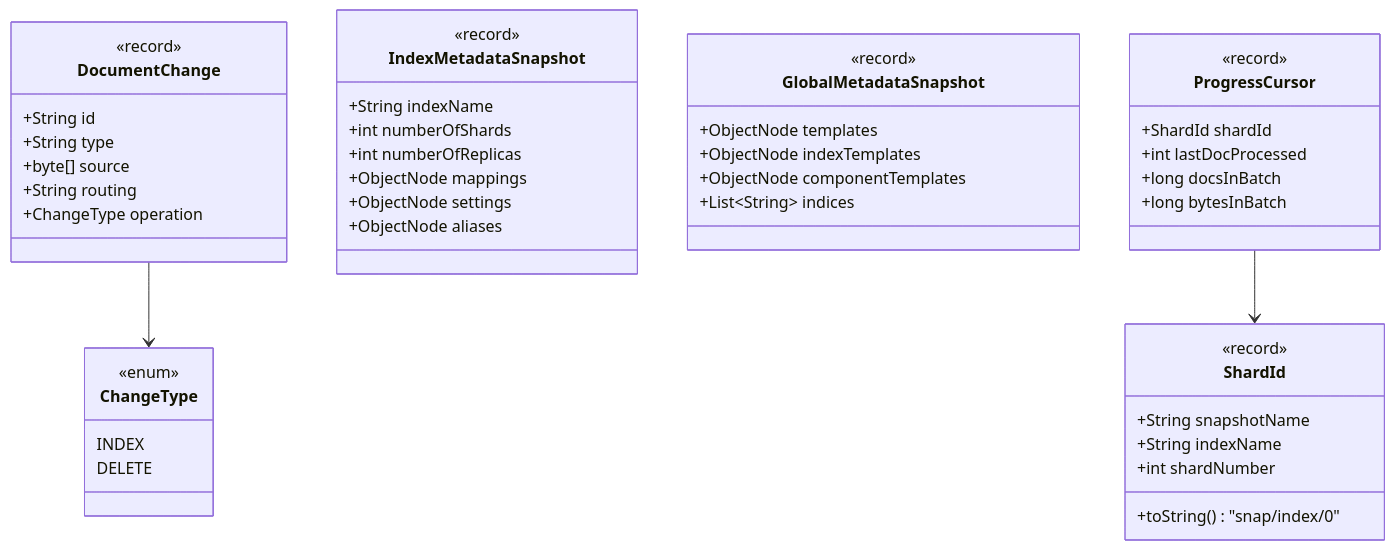
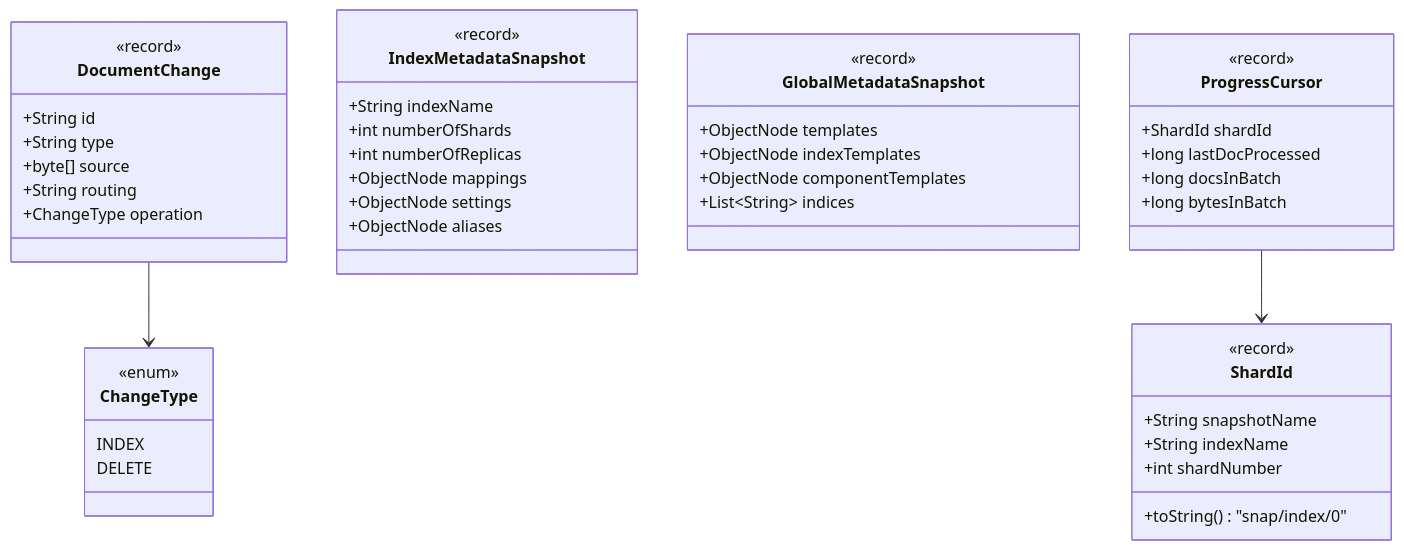
The first of 2 diagrams in rfs-pipeline/docs/ir-types.md (opensearch-project/opensearch-migrations), drawn with Mermaid before and after one commit. The commit also changed 11 other files, not shown here.

First line of the commit message:
P2-7: ProgressCursor.lastDocProcessed int→long, start at 0

````diff
--- a/rfs-pipeline/docs/ir-types.md
+++ b/rfs-pipeline/docs/ir-types.md
@@ -7,54 +7,54 @@
 ```mermaid
 classDiagram
     class DocumentChange {
         <<record>>
         +String id
         +String type
         +byte[] source
         +String routing
         +ChangeType operation
     }
 
     class ChangeType {
         <<enum>>
         INDEX
         DELETE
     }
 
     class IndexMetadataSnapshot {
         <<record>>
         +String indexName
         +int numberOfShards
         +int numberOfReplicas
         +ObjectNode mappings
         +ObjectNode settings
         +ObjectNode aliases
     }
 
     class GlobalMetadataSnapshot {
         <<record>>
         +ObjectNode templates
         +ObjectNode indexTemplates
         +ObjectNode componentTemplates
         +List~String~ indices
     }
 
     class ShardId {
         <<record>>
         +String snapshotName
         +String indexName
         +int shardNumber
         +toString() "snap/index/0"
     }
 
     class ProgressCursor {
         <<record>>
         +ShardId shardId
-        +int lastDocProcessed
+        +long lastDocProcessed
         +long docsInBatch
         +long bytesInBatch
     }
 
     DocumentChange --> ChangeType
     ProgressCursor --> ShardId
 ```
````
